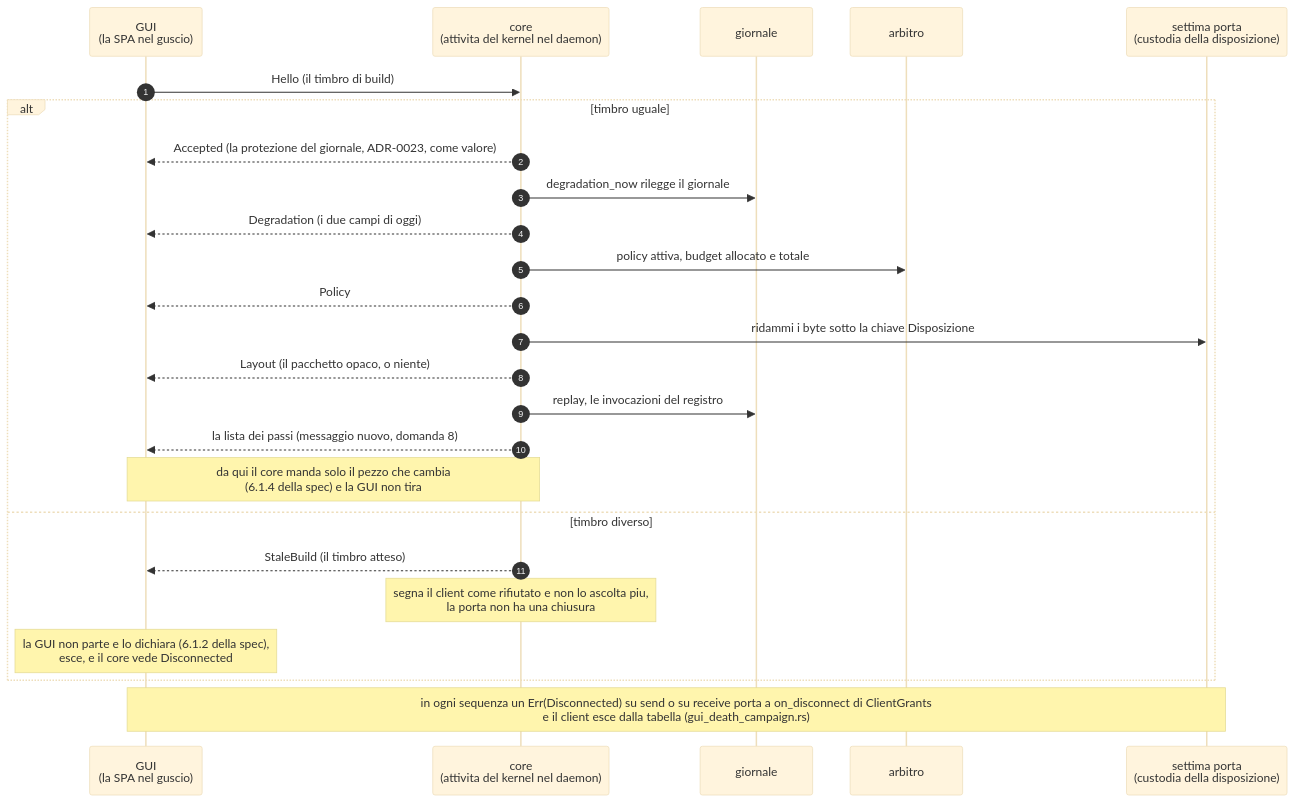
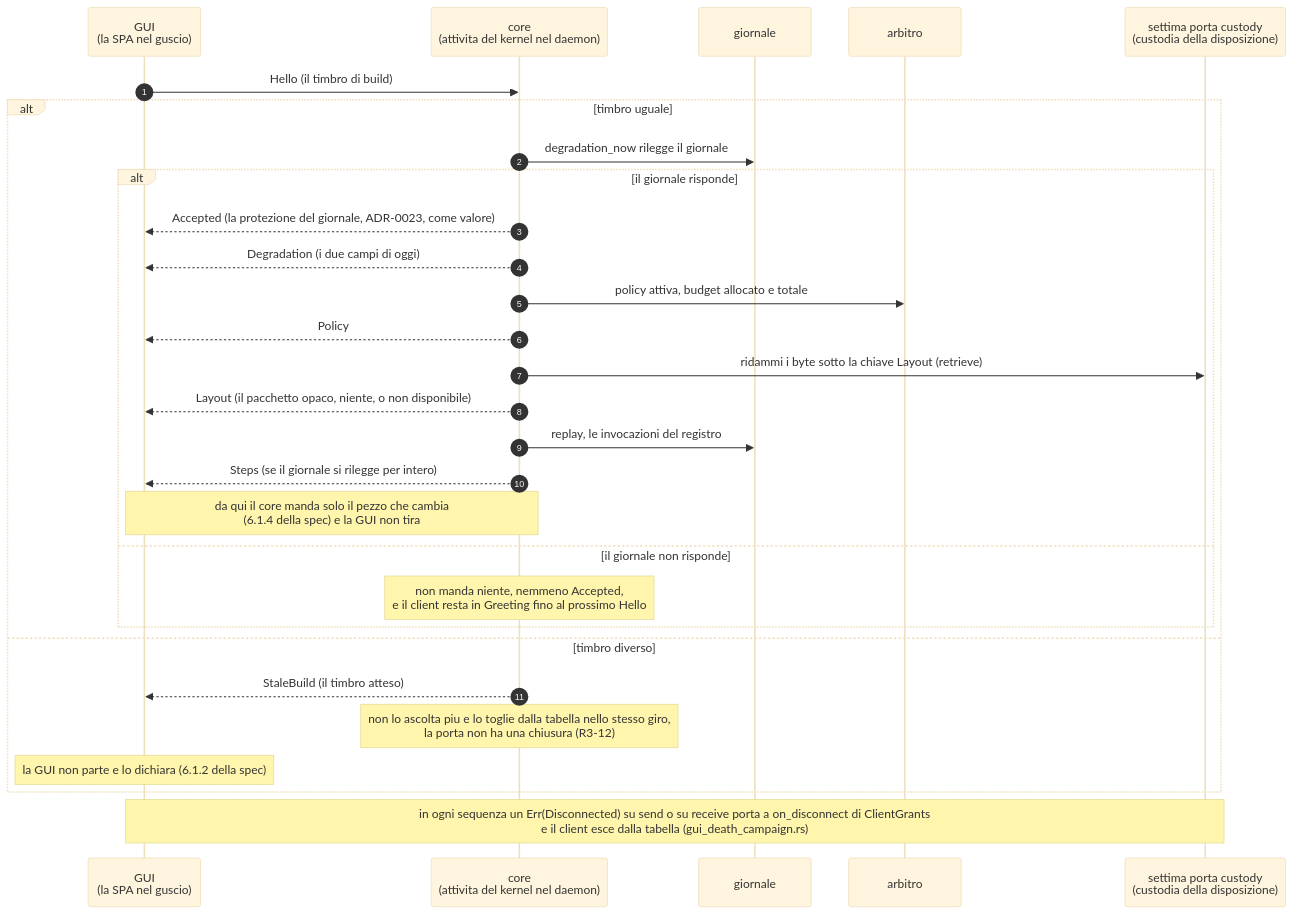
Before and after one commit to devfrx/daemon: the first of 3 diagrams in docs/superpowers/specs/2026-09-07-direzione-gui-design.md, drawn with Mermaid (base theme). The commit also changed other lines of this file and 1 other file, not shown here.

First line of the commit message:
audit(2026-09-30): La stella polare della GUI e il wireframe del nucleo

````diff
--- a/docs/superpowers/specs/2026-09-07-direzione-gui-design.md
+++ b/docs/superpowers/specs/2026-09-07-direzione-gui-design.md
@@ -220,27 +227,31 @@
 ```mermaid
 sequenceDiagram
     autonumber
     participant G as GUI<br/>(la SPA nel guscio)
     participant C as core<br/>(attivita del kernel nel daemon)
     participant J as giornale
     participant A as arbitro
-    participant P as settima porta<br/>(custodia della disposizione)
+    participant P as settima porta custody<br/>(custodia della disposizione)
     G->>C: Hello (il timbro di build)
     alt timbro uguale
-        C-->>G: Accepted (la protezione del giornale, ADR-0023, come valore)
         C->>J: degradation_now rilegge il giornale
-        C-->>G: Degradation (i due campi di oggi)
-        C->>A: policy attiva, budget allocato e totale
-        C-->>G: Policy
-        C->>P: ridammi i byte sotto la chiave Disposizione
-        C-->>G: Layout (il pacchetto opaco, o niente)
-        C->>J: replay, le invocazioni del registro
-        C-->>G: la lista dei passi (messaggio nuovo, domanda 8)
-        Note over G,C: da qui il core manda solo il pezzo che cambia<br/>(6.1.4 della spec) e la GUI non tira
+        alt il giornale risponde
+            C-->>G: Accepted (la protezione del giornale, ADR-0023, come valore)
+            C-->>G: Degradation (i due campi di oggi)
+            C->>A: policy attiva, budget allocato e totale
+            C-->>G: Policy
+            C->>P: ridammi i byte sotto la chiave Layout (retrieve)
+            C-->>G: Layout (il pacchetto opaco, niente, o non disponibile)
+            C->>J: replay, le invocazioni del registro
+            C-->>G: Steps (se il giornale si rilegge per intero)
+            Note over G,C: da qui il core manda solo il pezzo che cambia<br/>(6.1.4 della spec) e la GUI non tira
+        else il giornale non risponde
+            Note over C: non manda niente, nemmeno Accepted,<br/>e il client resta in Greeting fino al prossimo Hello
+        end
     else timbro diverso
         C-->>G: StaleBuild (il timbro atteso)
-        Note over C: segna il client come rifiutato e non lo ascolta piu,<br/>la porta non ha una chiusura
-        Note over G: la GUI non parte e lo dichiara (6.1.2 della spec),<br/>esce, e il core vede Disconnected
+        Note over C: non lo ascolta piu e lo toglie dalla tabella nello stesso giro,<br/>la porta non ha una chiusura (R3-12)
+        Note over G: la GUI non parte e lo dichiara (6.1.2 della spec)
     end
     Note over G,P: in ogni sequenza un Err(Disconnected) su send o su receive porta a on_disconnect di ClientGrants<br/>e il client esce dalla tabella (gui_death_campaign.rs)
 ```
````
